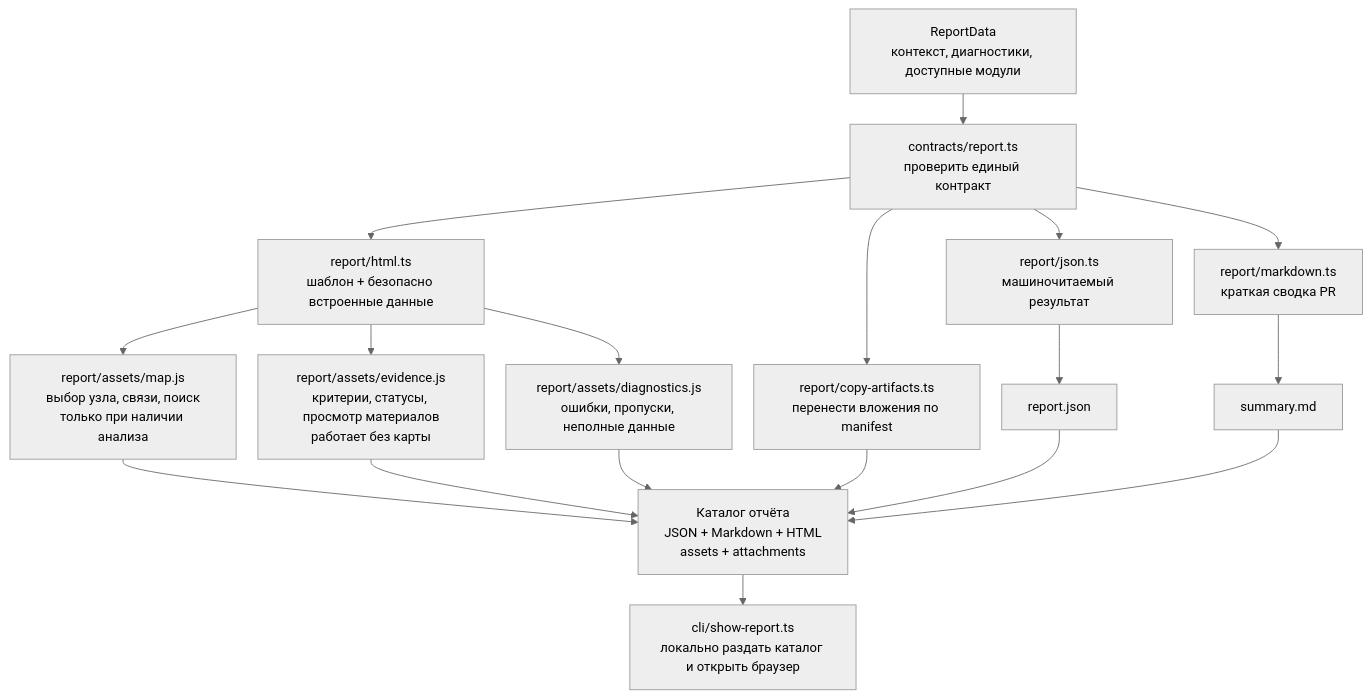
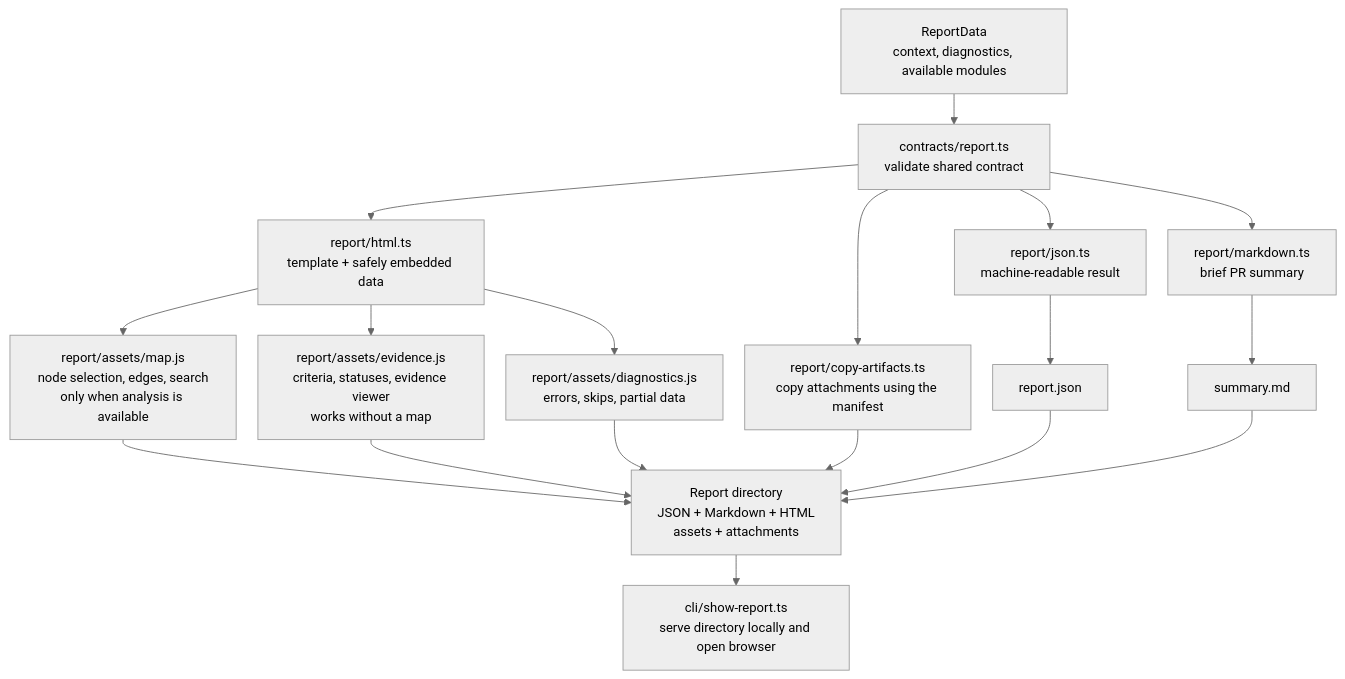
The diagram in diagrams/v1-report.mmd (rustic0la/codebase-mapper), drawn with Mermaid before and after one commit. The commit also changed 23 other files, not shown here.

```diff
--- a/diagrams/v1-report.mmd
+++ b/diagrams/v1-report.mmd
@@ -1,22 +1,22 @@
 %%{init: {"theme":"neutral","flowchart":{"curve":"basis","nodeSpacing":25,"rankSpacing":35},"themeVariables":{"fontSize":"15px"}}}%%
 flowchart TD
-  INPUT["ReportData<br/>контекст, диагностики, доступные модули"] --> VALIDATE
-  VALIDATE["contracts/report.ts<br/>проверить единый контракт"] --> JSON
+  INPUT["ReportData<br/>context, diagnostics, available modules"] --> VALIDATE
+  VALIDATE["contracts/report.ts<br/>validate shared contract"] --> JSON
   VALIDATE --> MARKDOWN
   VALIDATE --> HTML
   VALIDATE --> FILES
-  JSON["report/json.ts<br/>машиночитаемый результат"] --> JSONFILE
+  JSON["report/json.ts<br/>machine-readable result"] --> JSONFILE
   JSONFILE["report.json"]
-  MARKDOWN["report/markdown.ts<br/>краткая сводка PR"] --> MDFILE
+  MARKDOWN["report/markdown.ts<br/>brief PR summary"] --> MDFILE
   MDFILE["summary.md"]
-  HTML["report/html.ts<br/>шаблон + безопасно встроенные данные"] --> MAP
+  HTML["report/html.ts<br/>template + safely embedded data"] --> MAP
   HTML --> PROOF
   HTML --> WARNINGS
-  MAP["report/assets/map.js<br/>выбор узла, связи, поиск<br/>только при наличии анализа"] --> DIRECTORY
-  PROOF["report/assets/evidence.js<br/>критерии, статусы, просмотр материалов<br/>работает без карты"] --> DIRECTORY
-  WARNINGS["report/assets/diagnostics.js<br/>ошибки, пропуски, неполные данные"] --> DIRECTORY
-  FILES["report/copy-artifacts.ts<br/>перенести вложения по manifest"] --> DIRECTORY
+  MAP["report/assets/map.js<br/>node selection, edges, search<br/>only when analysis is available"] --> DIRECTORY
+  PROOF["report/assets/evidence.js<br/>criteria, statuses, evidence viewer<br/>works without a map"] --> DIRECTORY
+  WARNINGS["report/assets/diagnostics.js<br/>errors, skips, partial data"] --> DIRECTORY
+  FILES["report/copy-artifacts.ts<br/>copy attachments using the manifest"] --> DIRECTORY
   JSONFILE --> DIRECTORY
   MDFILE --> DIRECTORY
-  DIRECTORY["Каталог отчёта<br/>JSON + Markdown + HTML<br/>assets + attachments"] --> OPEN
-  OPEN["cli/show-report.ts<br/>локально раздать каталог и открыть браузер"]
+  DIRECTORY["Report directory<br/>JSON + Markdown + HTML<br/>assets + attachments"] --> OPEN
+  OPEN["cli/show-report.ts<br/>serve directory locally and open browser"]
```
